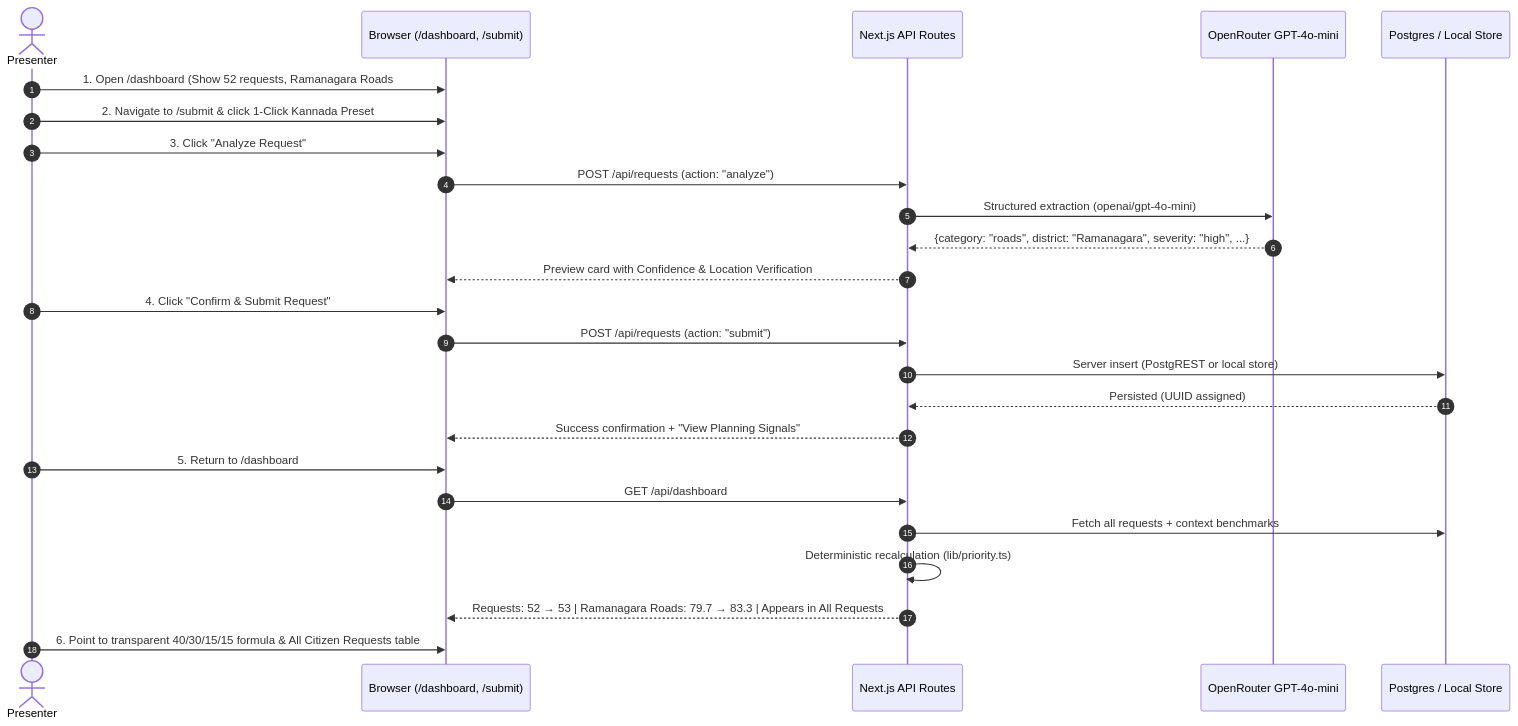
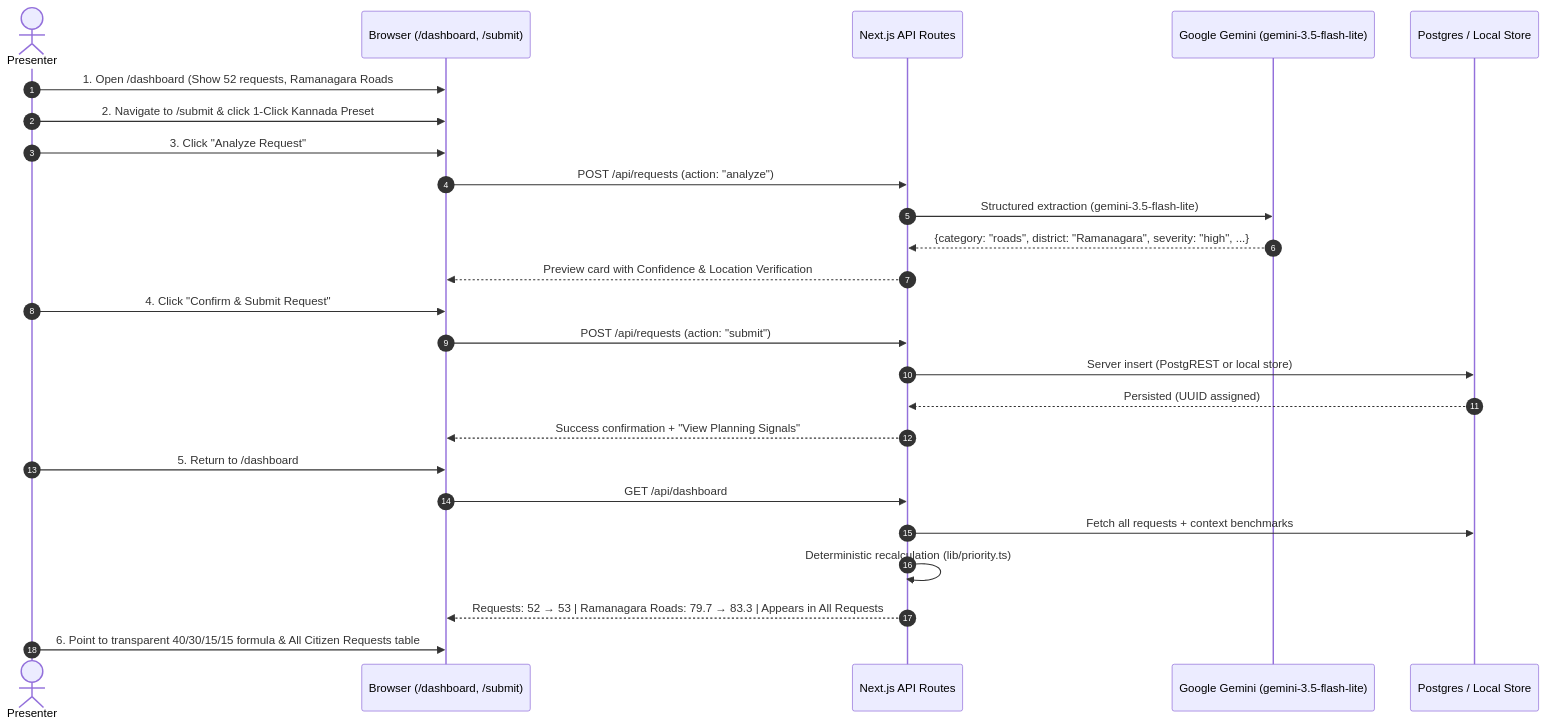
One commit to preethamsolanki28/jansanket changed the first of 2 diagrams in docs/05_demo_and_pitch.md. Above: the diagram before and after it, drawn with Mermaid. The commit also changed 13 other files, not shown here.

Commit message:
feat(TASK-067): Shifted from OpenRouter to Google Gemini integration (gemini-3.5-flash-lite)

````diff
--- a/docs/05_demo_and_pitch.md
+++ b/docs/05_demo_and_pitch.md
@@ -5,28 +5,28 @@
 ```mermaid
 sequenceDiagram
     autonumber
     actor Presenter
     participant UI as Browser (/dashboard, /submit)
     participant API as Next.js API Routes
-    participant AI as OpenRouter GPT-4o-mini
+    participant AI as Google Gemini (gemini-3.5-flash-lite)
     participant DB as Postgres / Local Store
     
     Presenter->>UI: 1. Open /dashboard (Show 52 requests, Ramanagara Roads #1 at 79.7)
     Presenter->>UI: 2. Navigate to /submit & click 1-Click Kannada Preset
     Presenter->>UI: 3. Click "Analyze Request"
     UI->>API: POST /api/requests (action: "analyze")
-    API->>AI: Structured extraction (openai/gpt-4o-mini)
+    API->>AI: Structured extraction (gemini-3.5-flash-lite)
     AI-->>API: {category: "roads", district: "Ramanagara", severity: "high", ...}
     API-->>UI: Preview card with Confidence & Location Verification
     Presenter->>UI: 4. Click "Confirm & Submit Request"
     UI->>API: POST /api/requests (action: "submit")
     API->>DB: Server insert (PostgREST or local store)
     DB-->>API: Persisted (UUID assigned)
     API-->>UI: Success confirmation + "View Planning Signals"
     Presenter->>UI: 5. Return to /dashboard
     UI->>API: GET /api/dashboard
     API->>DB: Fetch all requests + context benchmarks
     API->>API: Deterministic recalculation (lib/priority.ts)
     API-->>UI: Requests: 52 → 53 | Ramanagara Roads: 79.7 → 83.3 | Appears in All Requests
     Presenter->>UI: 6. Point to transparent 40/30/15/15 formula & All Citizen Requests table
 ```
````
